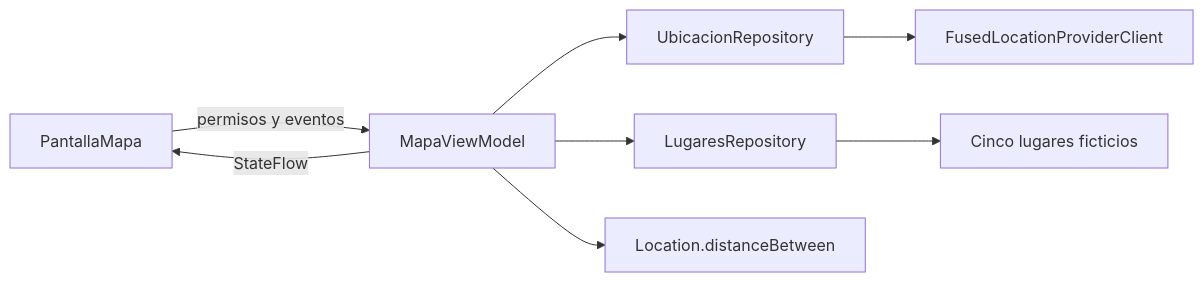
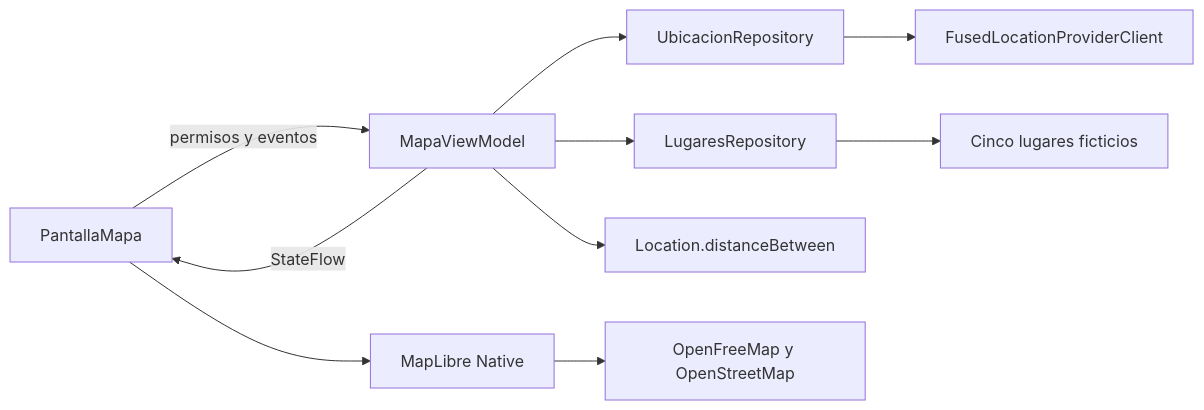
One commit to JeryBn/Programaciones_moviles_Becerra changed the diagram in SEMANA13/Lab13/README.md. Above: the diagram before and after it, drawn with Mermaid. The commit also changed other lines of this file and 10 other files, not shown here.

Commit message:
feat(semana13): reemplaza Google Maps con MapLibre y OpenFreeMap

````diff
--- a/SEMANA13/Lab13/README.md
+++ b/SEMANA13/Lab13/README.md
@@ -27,10 +28,12 @@
 ```mermaid
 flowchart LR
     UI[PantallaMapa] -->|permisos y eventos| VM[MapaViewModel]
     VM -->|StateFlow| UI
     VM --> GPS[UbicacionRepository]
     VM --> DATA[LugaresRepository]
     GPS --> FUSED[FusedLocationProviderClient]
     DATA --> LOCAL[Cinco lugares ficticios]
     VM --> DIST[Location.distanceBetween]
+    UI --> MAP[MapLibre Native]
+    MAP --> TILES[OpenFreeMap y OpenStreetMap]
 ```
````
